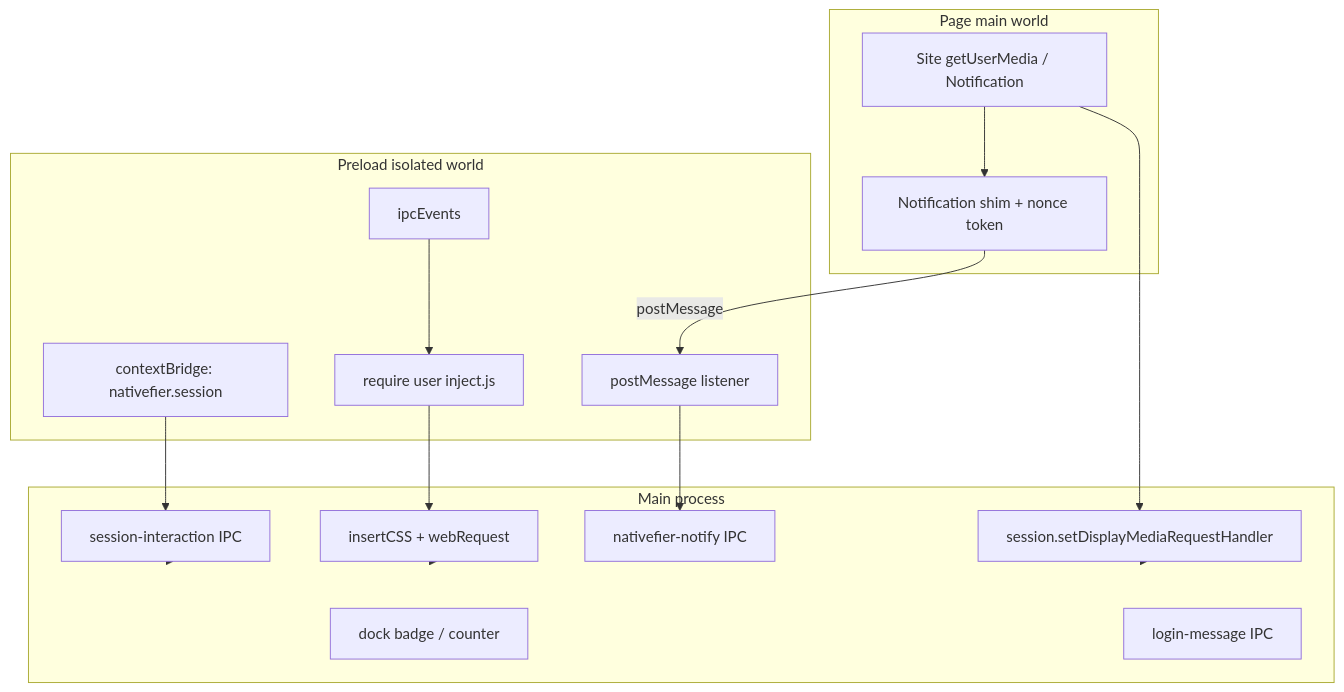
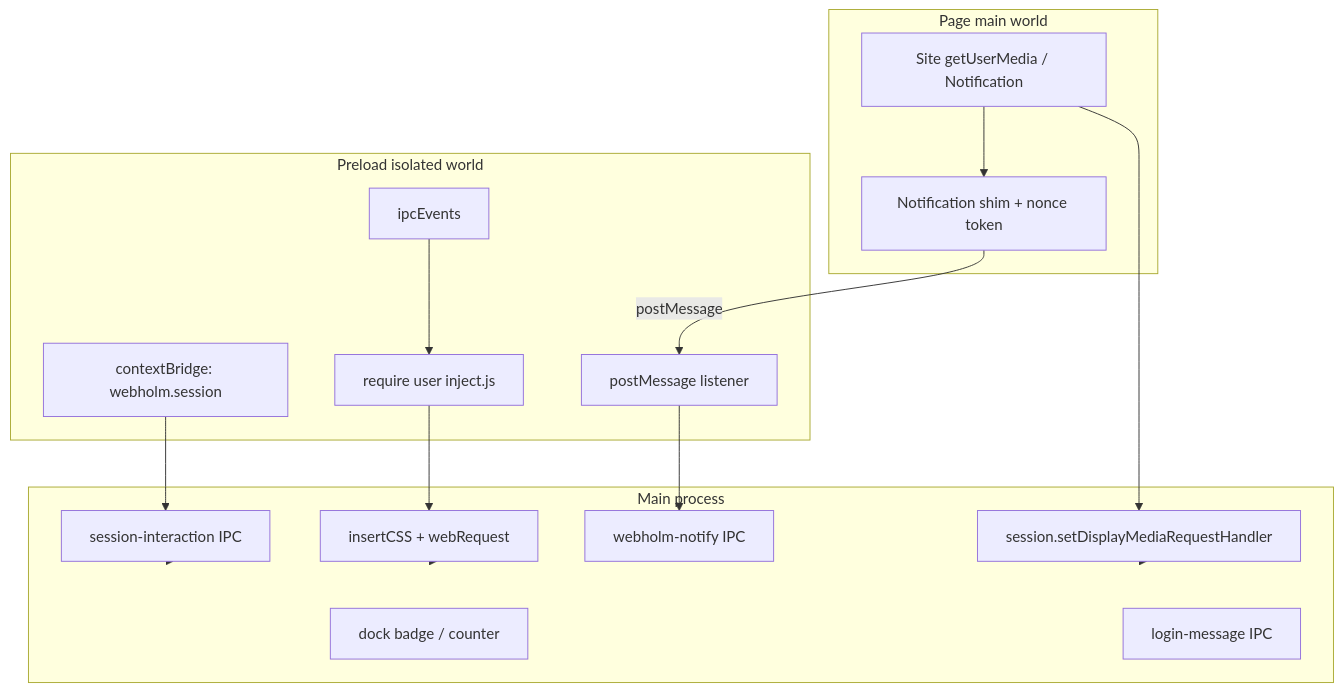
The second of 2 diagrams in docs/architecture.md (sbalyakin/nativefier), drawn with Mermaid before and after one commit. The commit also changed other lines of this file and 78 other files, not shown here.

First line of the commit message:
refactoring: Rename Nativefier product to Webholm

````diff
--- a/docs/architecture.md
+++ b/docs/architecture.md
@@ -99,31 +99,31 @@
 ```mermaid
 flowchart TB
   subgraph main [Main process]
     SessionHandler["session.setDisplayMediaRequestHandler"]
     DockBadge["dock badge / counter"]
     InjectCSS["insertCSS + webRequest"]
     LoginIPC["login-message IPC"]
-    NotifIPC["nativefier-notify IPC"]
+    NotifIPC["webholm-notify IPC"]
     SessionIPC["session-interaction IPC"]
   end
   subgraph preload [Preload isolated world]
-    Bridge["contextBridge: nativefier.session"]
+    Bridge["contextBridge: webholm.session"]
     NotifBridge["postMessage listener"]
     InjectRequire["require user inject.js"]
     PreloadSetup["ipcEvents"]
   end
   subgraph page [Page main world]
     NotifShim["Notification shim + nonce token"]
     SiteJS["Site getUserMedia / Notification"]
   end
   SiteJS --> NotifShim
   NotifShim -->|"postMessage"| NotifBridge
   NotifBridge --> NotifIPC
   Bridge --> SessionIPC
   SiteJS --> SessionHandler
   SessionHandler --> main
   InjectRequire --> InjectCSS
   InjectCSS --> main
   PreloadSetup --> InjectRequire
   SessionIPC --> main
 ```
````
